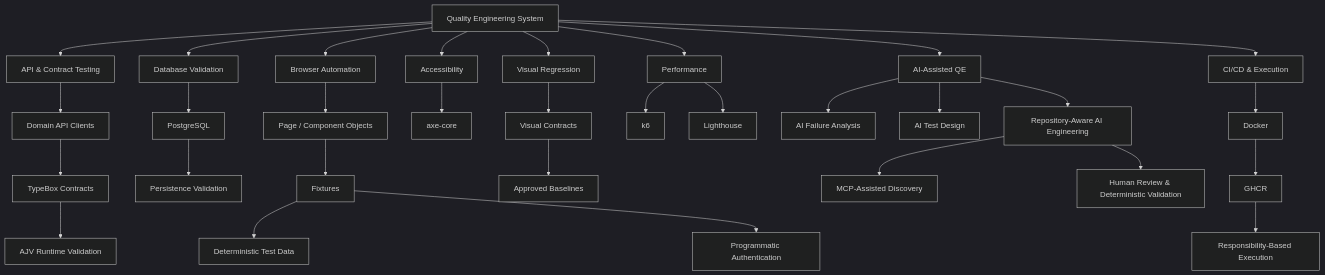
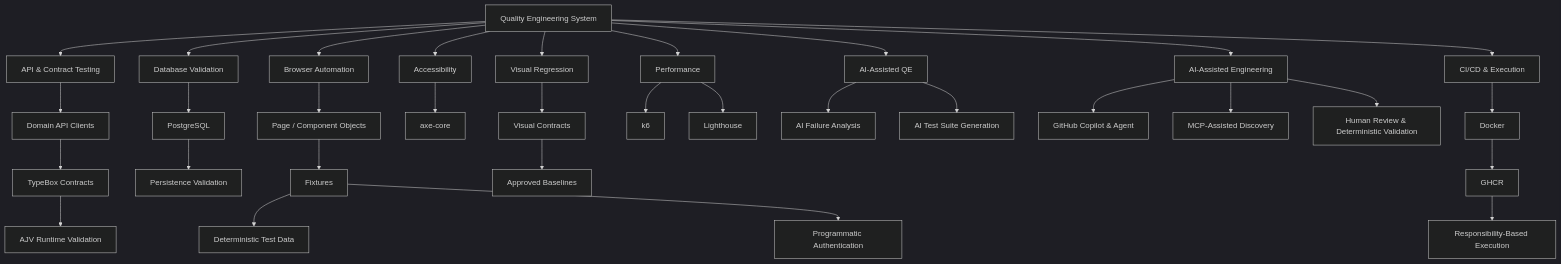
One commit to szabihudak/quality-engineering-showcase changed the diagram in docs/ARCHITECTURE.md. Above: the diagram before and after it, drawn with Mermaid (dark theme). The commit also changed other lines of this file, not shown here.

First line of the commit message:
Refine AI-assisted QE and Engineering architecture

````diff
--- a/docs/ARCHITECTURE.md
+++ b/docs/ARCHITECTURE.md
@@ -27,43 +27,45 @@
 ```mermaid
 flowchart TD
     QE[Quality Engineering System]
 
     QE --> API[API & Contract Testing]
     QE --> DB[Database Validation]
     QE --> UI[Browser Automation]
     QE --> AX[Accessibility]
     QE --> VR[Visual Regression]
     QE --> PERF[Performance]
-    QE --> AI[AI-Assisted QE]
+    QE --> AIQE[AI-Assisted QE]
+    QE --> AIENG[AI-Assisted Engineering]
     QE --> CICD[CI/CD & Execution]
 
     API --> CLIENT[Domain API Clients]
     CLIENT --> CONTRACT[TypeBox Contracts]
     CONTRACT --> AJV[AJV Runtime Validation]
 
     DB --> PG[PostgreSQL]
     PG --> PERSIST[Persistence Validation]
 
     UI --> OBJECTS[Page / Component Objects]
     OBJECTS --> FIX[Fixtures]
     FIX --> DATA[Deterministic Test Data]
     FIX --> AUTH[Programmatic Authentication]
 
     AX --> AXE[axe-core]
 
     VR --> SNAP[Visual Contracts]
     SNAP --> BASE[Approved Baselines]
 
     PERF --> K6[k6]
     PERF --> LH[Lighthouse]
 
-    AI --> AIFA[AI Failure Analysis]
-    AI --> AITD[AI Test Design]
-    AI --> AIDEV[Repository-Aware AI Engineering]
-    AIDEV --> MCP[MCP-Assisted Discovery]
-    AIDEV --> HUMAN[Human Review & Deterministic Validation]
+    AIQE --> AIFA[AI Failure Analysis]
+    AIQE --> AITS[AI Test Suite Generation]
+
+    AIENG --> COPILOT[GitHub Copilot & Agent]
+    AIENG --> MCP[MCP-Assisted Discovery]
+    AIENG --> HUMAN[Human Review & Deterministic Validation]
 
     CICD --> DOCKER[Docker]
     DOCKER --> GHCR[GHCR]
     GHCR --> JOBS[Responsibility-Based Execution]
 ```
````
